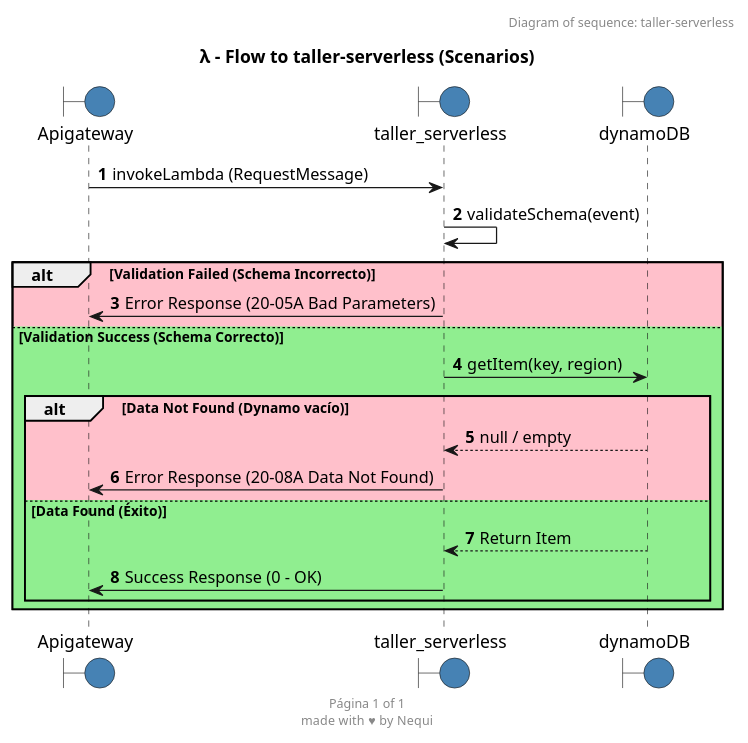
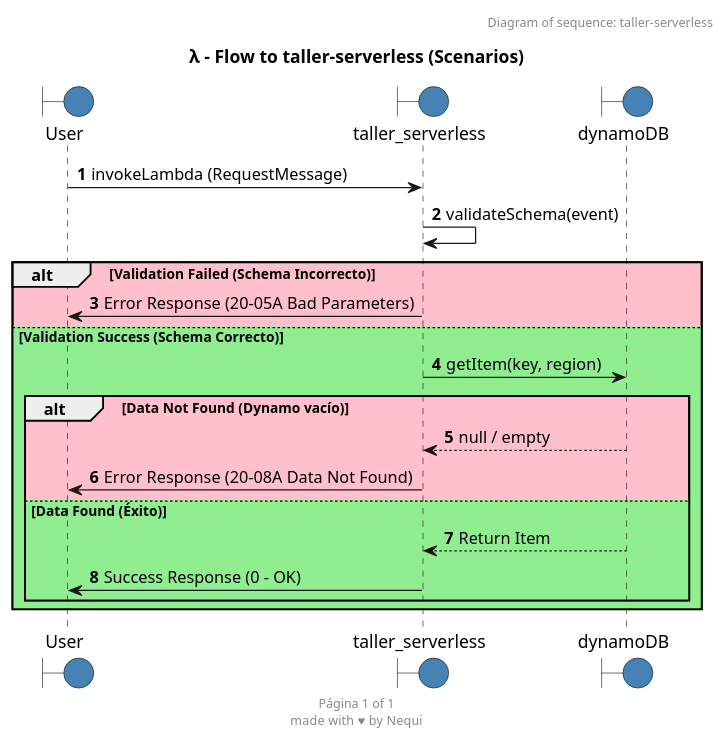
The diagram in diagrams/taller-serverless-diagram.puml (John-Alz/serverless-lambda), drawn with PlantUML before and after one commit. The commit also changed 9 other files, not shown here.

```diff
--- a/diagrams/taller-serverless-diagram.puml
+++ b/diagrams/taller-serverless-diagram.puml
@@ -1,37 +1,34 @@
 @startuml
 header Diagram of sequence: taller-serverless
 footer Página %page% of %lastpage%\nmade with ♥ by Nequi
 title **λ - Flow to taller-serverless (Scenarios)**
 autonumber
 
-boundary Apigateway #SteelBlue
+boundary User #SteelBlue
 boundary taller_serverless #SteelBlue
 boundary dynamoDB #SteelBlue
 
-Apigateway -> taller_serverless: invokeLambda (RequestMessage)
+User -> taller_serverless: invokeLambda (RequestMessage)
 
 taller_serverless -> taller_serverless: validateSchema(event)
 
 alt #Pink Validation Failed (Schema Incorrecto)
     
-    taller_serverless -> Apigateway: Error Response (20-05A Bad Parameters)
+    taller_serverless -> User: Error Response (20-05A Bad Parameters)
 
 else #LightGreen Validation Success (Schema Correcto)
 
     taller_serverless -> dynamoDB: getItem(key, region)
     
     alt #Pink Data Not Found (Dynamo vacío)
-        
         dynamoDB --> taller_serverless: null / empty
-        taller_serverless -> Apigateway: Error Response (20-08A Data Not Found)
+        taller_serverless -> User: Error Response (20-08A Data Not Found)
         
     else #LightGreen Data Found (Éxito)
-    
         dynamoDB --> taller_serverless: Return Item
-        taller_serverless -> Apigateway: Success Response (0 - OK)
-        
+        taller_serverless -> User: Success Response (0 - OK)
     end
     
 end
 
 @enduml
```
